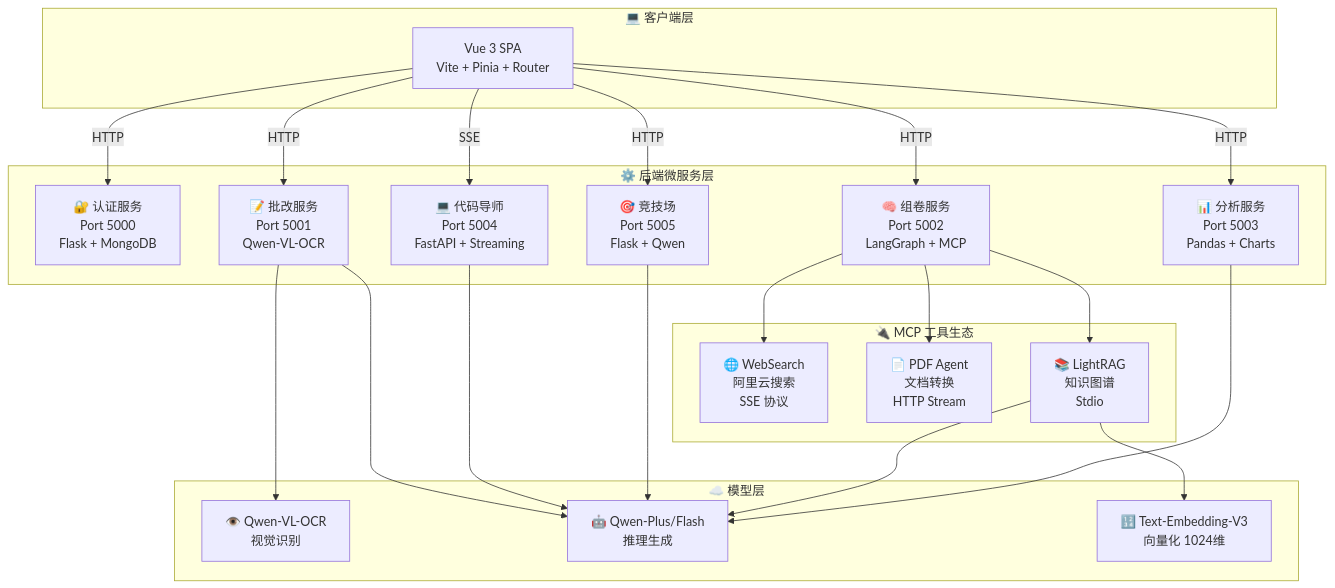
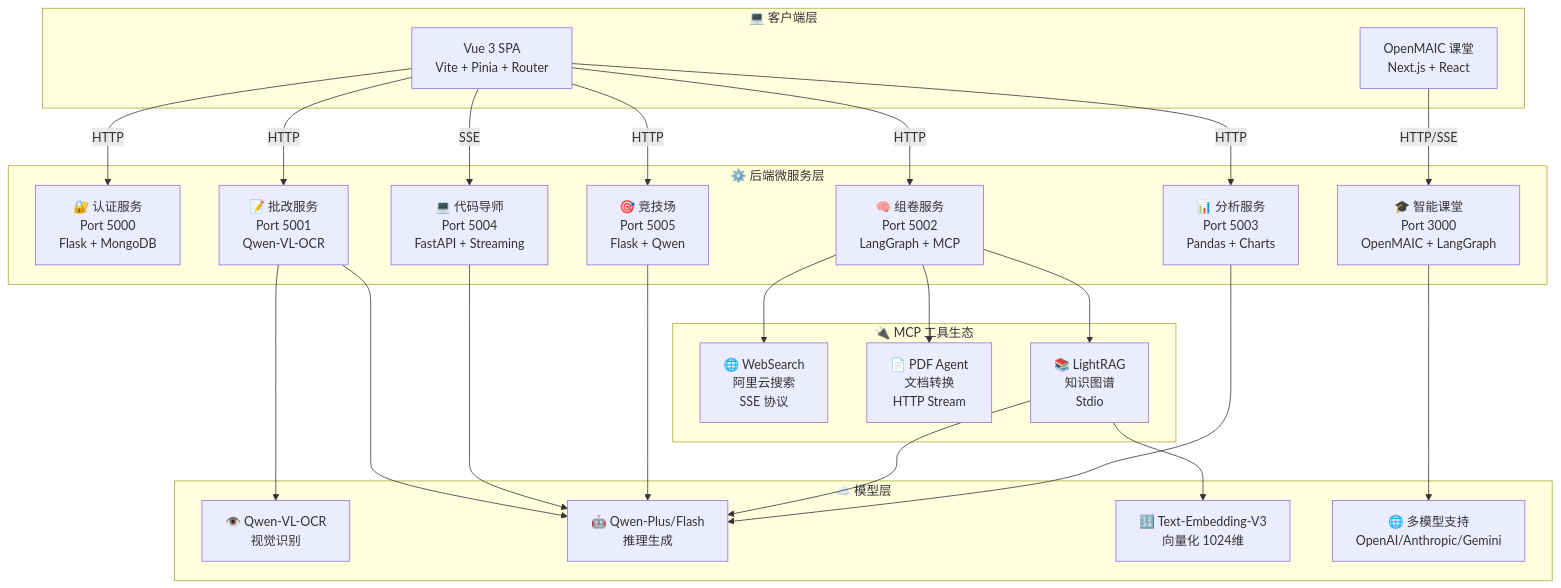
One commit to abaiar/Teacher_Assistant_AI changed the second of 2 diagrams in README.md. Above: the diagram before and after it, drawn with Mermaid. The commit also changed other lines of this file and 1 other file, not shown here.

Commit message:
docs: 添加 OpenMAIC 智能互动课堂模块文档

````diff
--- a/README.md
+++ b/README.md
@@ -241,48 +295,53 @@
 ```mermaid
 graph TD
     subgraph "💻 客户端层"
         A[Vue 3 SPA<br/>Vite + Pinia + Router]
+        A2[OpenMAIC 课堂<br/>Next.js + React]
     end
 
     subgraph "⚙️ 后端微服务层"
         B1[🔐 认证服务<br/>Port 5000<br/>Flask + MongoDB]
         B2[📝 批改服务<br/>Port 5001<br/>Qwen-VL-OCR]
         B3[🧠 组卷服务<br/>Port 5002<br/>LangGraph + MCP]
         B4[📊 分析服务<br/>Port 5003<br/>Pandas + Charts]
         B5[💻 代码导师<br/>Port 5004<br/>FastAPI + Streaming]
         B6[🎯 竞技场<br/>Port 5005<br/>Flask + Qwen]
+        B7[🎓 智能课堂<br/>Port 3000<br/>OpenMAIC + LangGraph]
     end
 
     subgraph "🔌 MCP 工具生态"
         C1[🌐 WebSearch<br/>阿里云搜索<br/>SSE 协议]
         C2[📄 PDF Agent<br/>文档转换<br/>HTTP Stream]
         C3[📚 LightRAG<br/>知识图谱<br/>Stdio]
     end
 
     subgraph "☁️ 模型层"
         D1[👁️ Qwen-VL-OCR<br/>视觉识别]
         D2[🤖 Qwen-Plus/Flash<br/>推理生成]
         D3[🔢 Text-Embedding-V3<br/>向量化 1024维]
+        D4[🌐 多模型支持<br/>OpenAI/Anthropic/Gemini]
     end
 
     A -->|HTTP| B1
     A -->|HTTP| B2
     A -->|HTTP| B3
     A -->|HTTP| B4
     A -->|SSE| B5
     A -->|HTTP| B6
+    A2 -->|HTTP/SSE| B7
 
     B2 --> D1
     B2 --> D2
     B5 --> D2
     B6 --> D2
+    B7 --> D4
 
     B3 --> C1
     B3 --> C2
     B3 --> C3
     
     C3 --> D3
     C3 --> D2
 
     B4 --> D2
 ```
````
